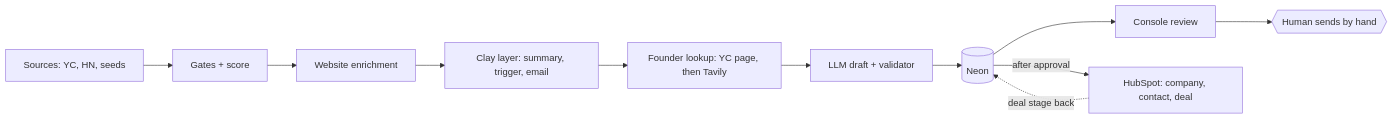
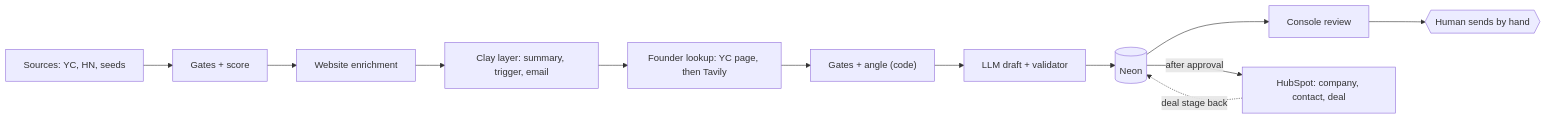
One commit to mohamedlandolsi/personal-gtm-engine changed the diagram in README.md. Above: the diagram before and after it, drawn with Mermaid. The commit also changed other lines of this file and 2 other files, not shown here.

First line of the commit message:
Docs: Sprint 14 in the README, architecture and example config

````diff
--- a/README.md
+++ b/README.md
@@ -22,13 +23,14 @@
 ```mermaid
 flowchart LR
     A["Sources: YC, HN, seeds"] --> B["Gates + score"]
     B --> C["Website enrichment"]
     C --> D["Clay layer: summary, trigger, email"]
     D --> E["Founder lookup: YC page, then Tavily"]
-    E --> F["LLM draft + validator"]
+    E --> X["Gates + angle (code)"]
+    X --> F["LLM draft + validator"]
     F --> G[("Neon")]
     G --> H["Console review"]
     H --> I{{"Human sends by hand"}}
     G -- "after approval" --> J["HubSpot: company, contact, deal"]
     J -. "deal stage back" .-> G
 ```
````
